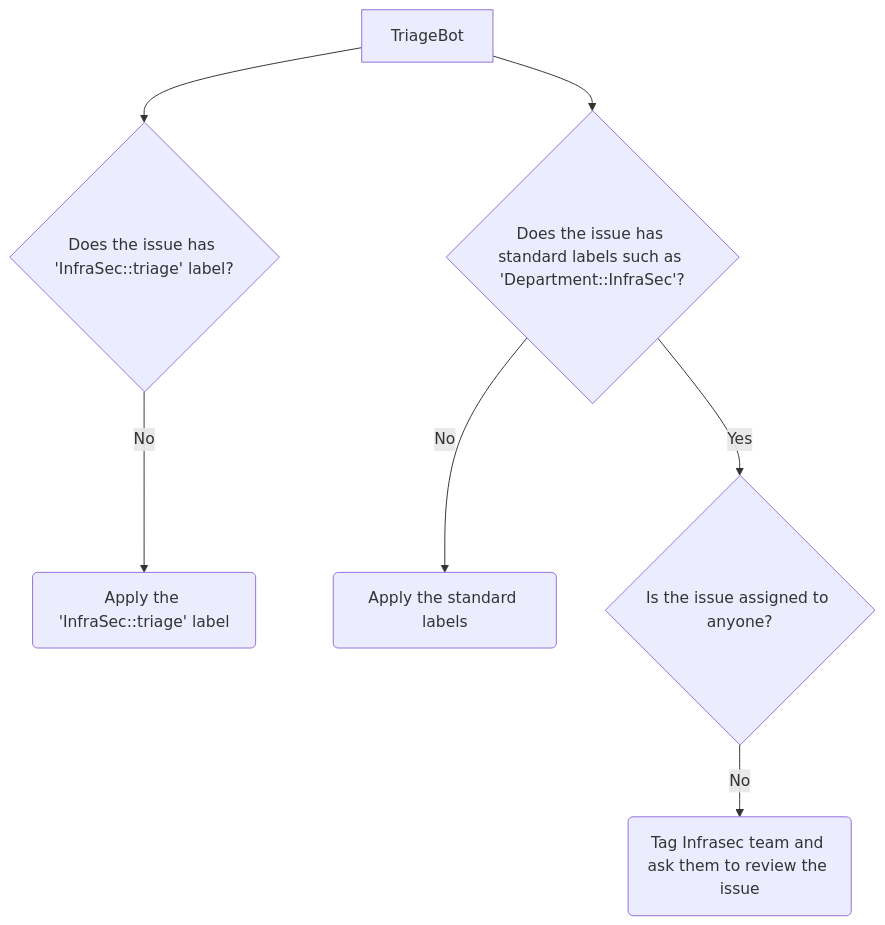
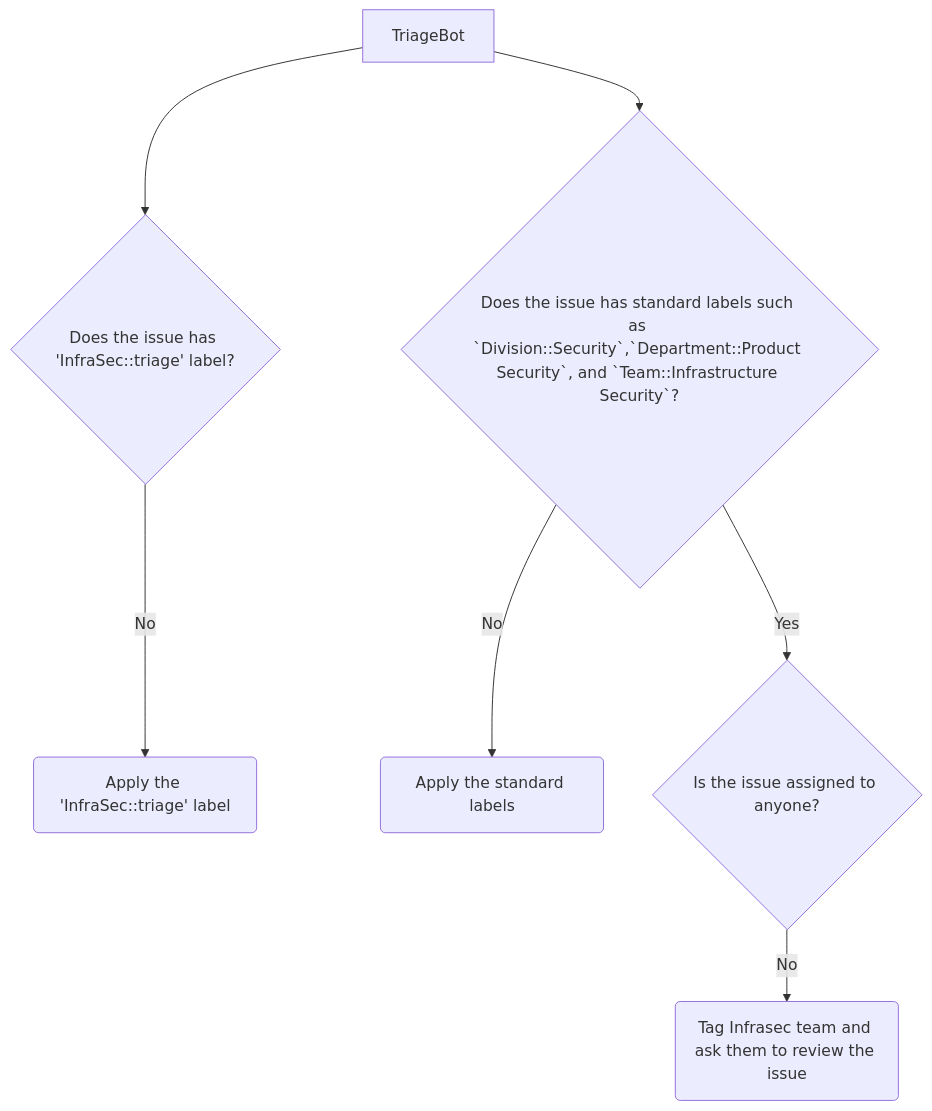
The first of 3 diagrams in content/handbook/security/product-security/infrastructure-security/issue-lifecycle.md (zalyoung/gitlab-handbook), drawn with Mermaid before and after one commit. The commit also changed other lines of this file and 1 other file, not shown here.

Commit message:
docs: infrasec labels update

````diff
--- a/content/handbook/security/product-security/infrastructure-security/issue-lifecycle.md
+++ b/content/handbook/security/product-security/infrastructure-security/issue-lifecycle.md
@@ -49,9 +49,9 @@
 ```mermaid
 flowchart TD
     A[TriageBot] --> B{Does the issue has 'InfraSec::triage' label?}
     B -->|No| C(Apply the 'InfraSec::triage' label)
-    A --> D{Does the issue has standard labels such as 'Department::InfraSec'?}
+    A --> D{Does the issue has standard labels such as `Division::Security`,`Department::Product Security`, and `Team::Infrastructure Security`?}
     D --> |No| E(Apply the standard labels)
     D --> |Yes| F{Is the issue assigned to anyone?}
     F --> |No| G(Tag Infrasec team and ask them to review the issue)
 ```
````
